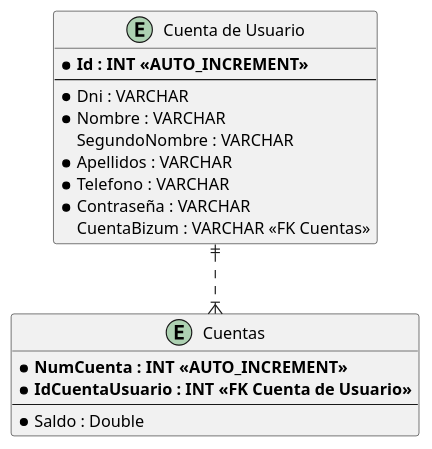
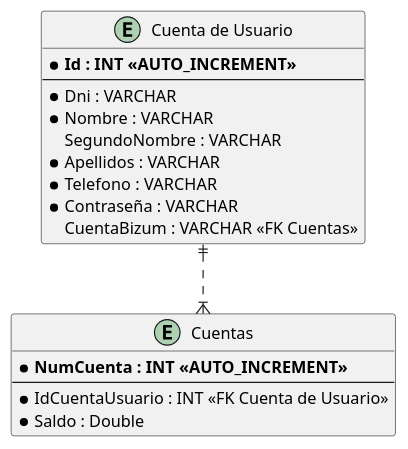
Before and after one commit to ljhonyl/bizum: the first of 5 diagrams in README.md, drawn with PlantUML. The commit also changed 3 other files, not shown here.

`````diff
--- a/README.md
+++ b/README.md
@@ -5,23 +5,23 @@
 ````plantuml
 @startuml
 entity "Cuenta de Usuario"{
   * **Id : INT <<AUTO_INCREMENT>> **
   --
   *Dni : VARCHAR
   *Nombre : VARCHAR
   SegundoNombre : VARCHAR
   *Apellidos : VARCHAR
   *Telefono : VARCHAR
   *Contraseña : VARCHAR
   CuentaBizum : VARCHAR <<FK Cuentas>>
 }
 
 entity Cuentas{
     * **NumCuenta : INT <<AUTO_INCREMENT>>**
-    * **IdCuentaUsuario : INT <<FK Cuenta de Usuario>>**
     --
+    * IdCuentaUsuario : INT <<FK Cuenta de Usuario>>
     * Saldo : Double
 }
 "Cuenta de Usuario" ||..|{ Cuentas
 @enduml
 ````
`````
